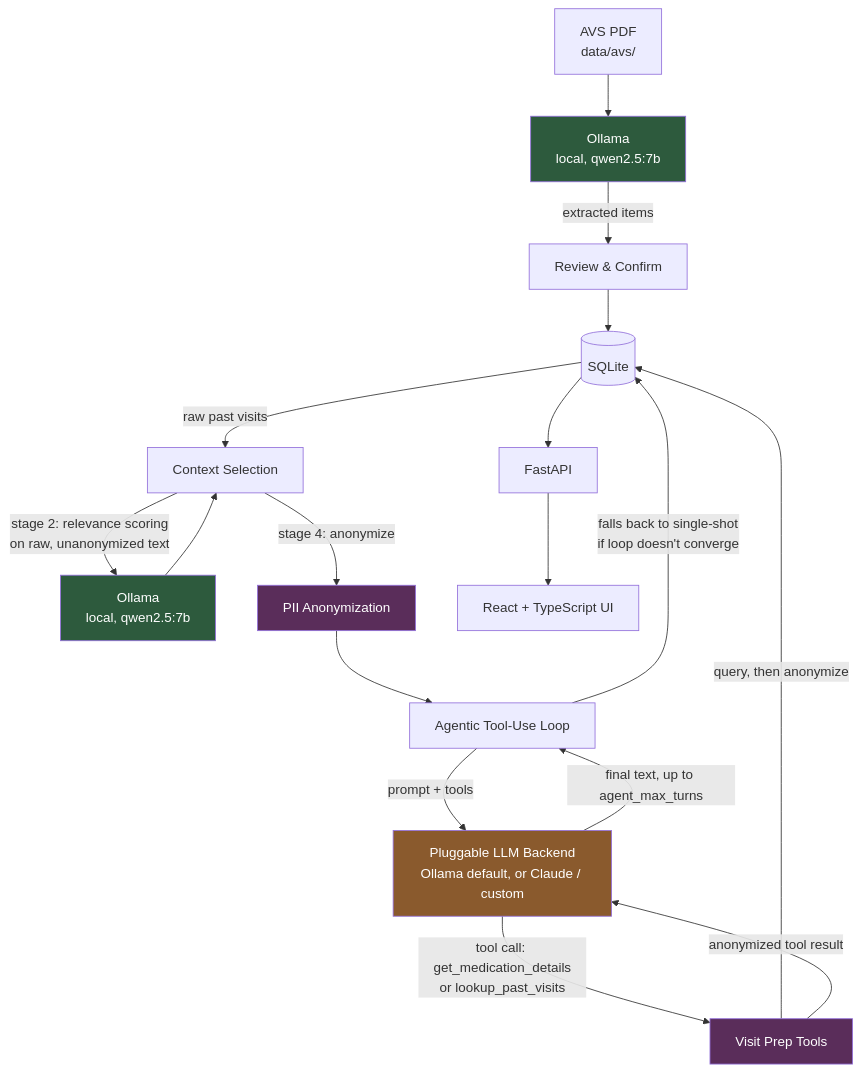
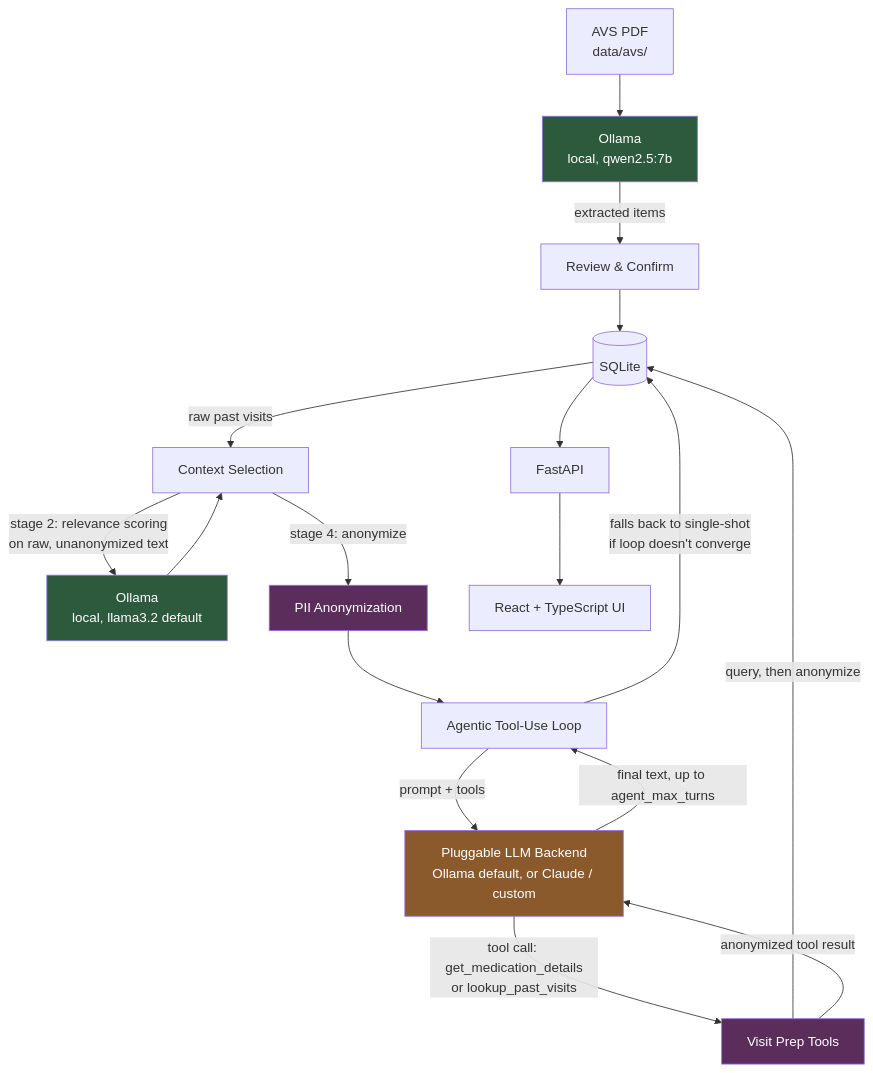
The diagram in README.md (nidhi-menon/HealthSteward), drawn with Mermaid before and after one commit. The commit also changed other lines of this file and 2 other files, not shown here.

First line of the commit message:
Extend model-attribution and anonymization fixes to README, diagram, sandbox notes

````diff
--- a/README.md
+++ b/README.md
@@ -60,28 +60,28 @@
 ```mermaid
 flowchart TD
     PDF[AVS PDF<br/>data/avs/] --> OllamaParse[Ollama<br/>local, qwen2.5:7b]
     OllamaParse -->|extracted items| Review[Review & Confirm]
     Review --> DB[(SQLite)]
 
     DB -->|raw past visits| Select[Context Selection]
-    Select -->|stage 2: relevance scoring<br/>on raw, unanonymized text| OllamaScore[Ollama<br/>local, qwen2.5:7b]
+    Select -->|stage 2: relevance scoring<br/>on raw, unanonymized text| OllamaScore[Ollama<br/>local, llama3.2 default]
     OllamaScore --> Select
     Select -->|stage 4: anonymize| Anon[PII Anonymization]
     Anon --> Loop[Agentic Tool-Use Loop]
 
     Loop -->|prompt + tools| Backend[Pluggable LLM Backend<br/>Ollama default, or Claude / custom]
     Backend -->|tool call: get_medication_details<br/>or lookup_past_visits| Tools[Visit Prep Tools]
     Tools -->|query, then anonymize| DB
     Tools -->|anonymized tool result| Backend
     Backend -->|final text, up to agent_max_turns| Loop
     Loop -->|falls back to single-shot<br/>if loop doesn't converge| DB
 
     DB --> API[FastAPI]
     API --> UI[React + TypeScript UI]
 
     style OllamaParse fill:#2d5a3d,color:#fff
     style OllamaScore fill:#2d5a3d,color:#fff
     style Backend fill:#8a5a2d,color:#fff
     style Anon fill:#5a2d5a,color:#fff
     style Tools fill:#5a2d5a,color:#fff
 ```
````
